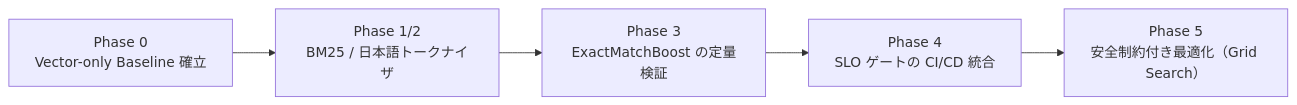
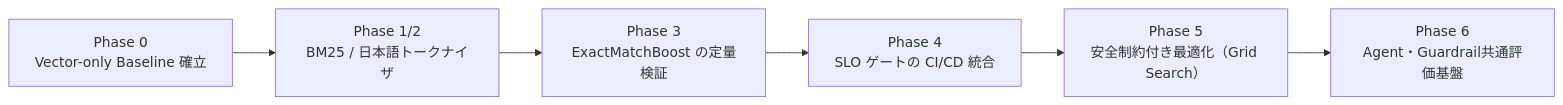
The third of 4 diagrams in README.md (mlprototype/spec-rag-qa), drawn with Mermaid before and after one commit. The commit also changed other lines of this file, not shown here.

````diff
--- a/README.md
+++ b/README.md
@@ -181,4 +213,4 @@
 ```mermaid
 flowchart LR
-  P0["Phase 0<br/>Vector-only Baseline 確立"] --> P12["Phase 1/2<br/>BM25 / 日本語トークナイザ"] --> P3["Phase 3<br/>ExactMatchBoost の定量検証"] --> P4["Phase 4<br/>SLO ゲートの CI/CD 統合"] --> P5["Phase 5<br/>安全制約付き最適化（Grid Search）"]
+  P0["Phase 0<br/>Vector-only Baseline 確立"] --> P12["Phase 1/2<br/>BM25 / 日本語トークナイザ"] --> P3["Phase 3<br/>ExactMatchBoost の定量検証"] --> P4["Phase 4<br/>SLO ゲートの CI/CD 統合"] --> P5["Phase 5<br/>安全制約付き最適化（Grid Search）"] --> P6["Phase 6<br/>Agent・Guardrail共通評価基盤"]
 ```
````
